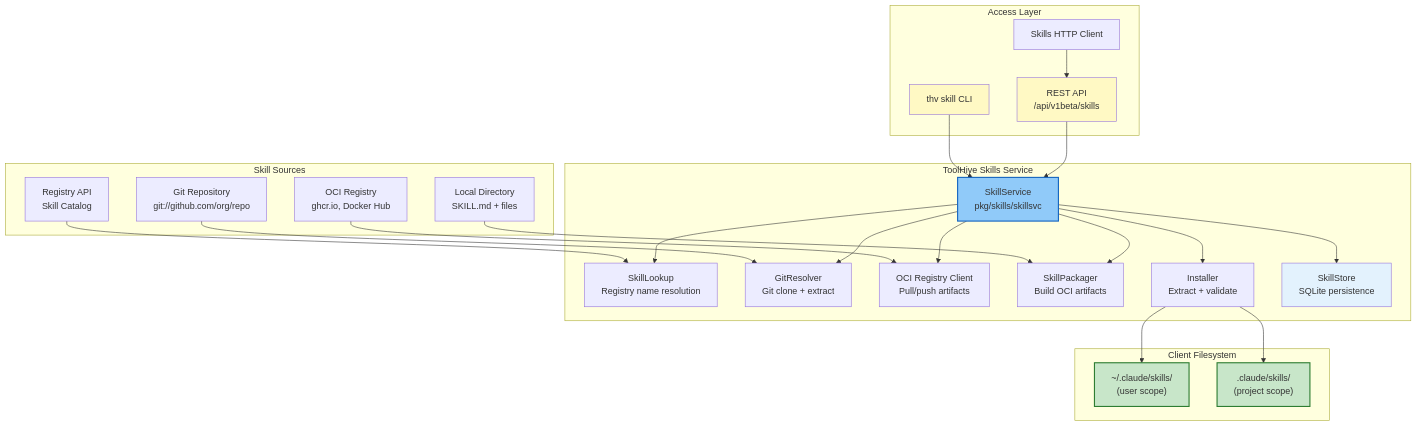
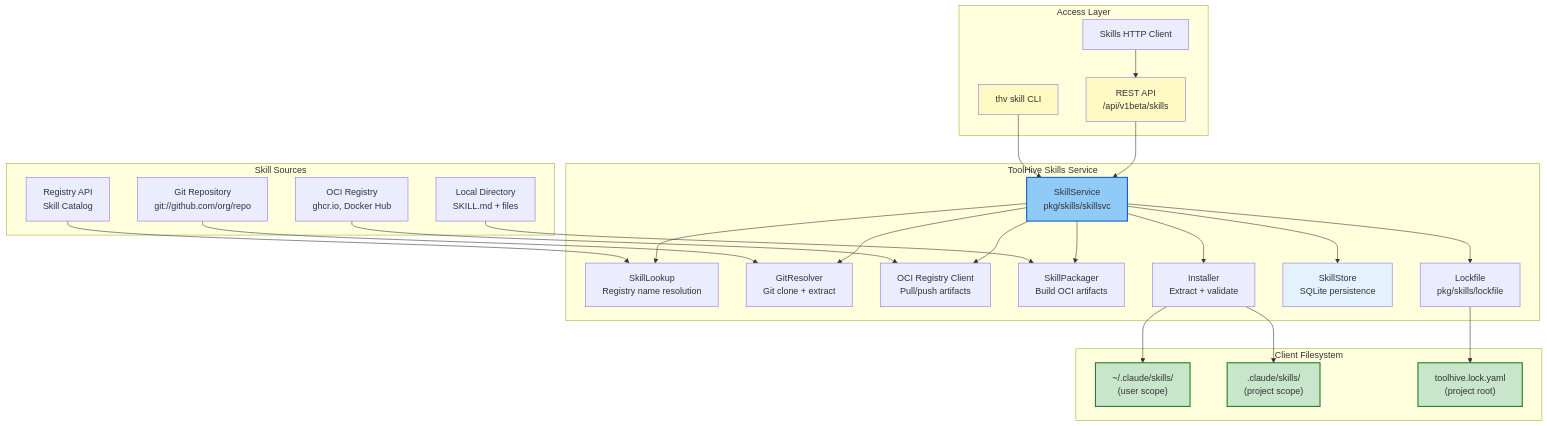
The first of 2 diagrams in docs/arch/12-skills-system.md (stacklok/toolhive), drawn with Mermaid before and after one commit. The commit also changed other lines of this file and 28 other files, not shown here.

````diff
--- a/docs/arch/12-skills-system.md
+++ b/docs/arch/12-skills-system.md
@@ -23,56 +23,61 @@
 ```mermaid
 graph TB
     subgraph "Skill Sources"
         OCI[OCI Registry<br/>ghcr.io, Docker Hub]
         Git[Git Repository<br/>git://github.com/org/repo]
         Local[Local Directory<br/>SKILL.md + files]
         RegistryAPI[Registry API<br/>Skill Catalog]
     end
 
     subgraph "ToolHive Skills Service"
         SVC[SkillService<br/>pkg/skills/skillsvc]
         Lookup[SkillLookup<br/>Registry name resolution]
         GitRes[GitResolver<br/>Git clone + extract]
         OCIClient[OCI Registry Client<br/>Pull/push artifacts]
         Packager[SkillPackager<br/>Build OCI artifacts]
         Installer[Installer<br/>Extract + validate]
         Store[SkillStore<br/>SQLite persistence]
+        Lock[Lockfile<br/>pkg/skills/lockfile]
     end
 
     subgraph "Client Filesystem"
         UserSkills["~/.claude/skills/<br/>(user scope)"]
         ProjectSkills[".claude/skills/<br/>(project scope)"]
+        LockFile["toolhive.lock.yaml<br/>(project root)"]
     end
 
     subgraph "Access Layer"
         CLI[thv skill CLI]
         API[REST API<br/>/api/v1beta/skills]
         HTTPClient[Skills HTTP Client]
     end
 
     OCI --> OCIClient
     Git --> GitRes
     RegistryAPI --> Lookup
     Local --> Packager
 
     CLI --> SVC
     API --> SVC
     HTTPClient --> API
 
     SVC --> Lookup
     SVC --> GitRes
     SVC --> OCIClient
     SVC --> Packager
     SVC --> Installer
     SVC --> Store
+    SVC --> Lock
 
     Installer --> UserSkills
     Installer --> ProjectSkills
+    Lock --> LockFile
 
     style SVC fill:#90caf9,stroke:#1565c0,stroke-width:2px
     style Store fill:#e3f2fd
     style UserSkills fill:#c8e6c9,stroke:#2e7d32,stroke-width:2px
     style ProjectSkills fill:#c8e6c9,stroke:#2e7d32,stroke-width:2px
+    style LockFile fill:#c8e6c9,stroke:#2e7d32,stroke-width:2px
     style CLI fill:#fff9c4
     style API fill:#fff9c4
 ```
````
